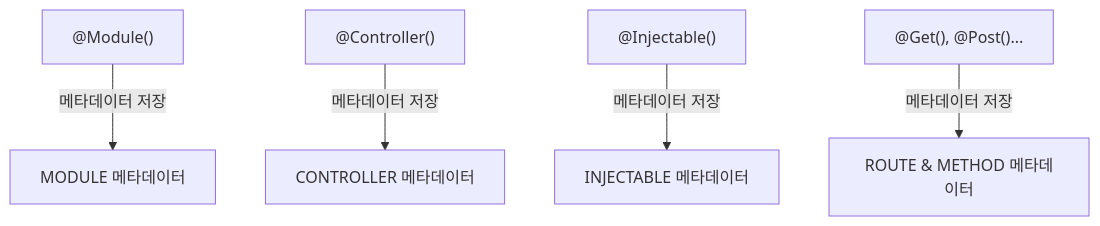
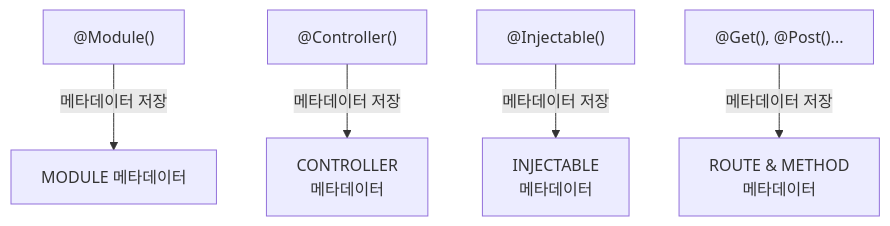
The fourth of 5 diagrams in README.md (MAHT1990/self_nest), drawn with Mermaid before and after one commit. The commit also changed other lines of this file, not shown here.

Commit message:
[MODIFY]README.md

````diff
--- a/README.md
+++ b/README.md
@@ -69,7 +69,7 @@
 ```mermaid
 flowchart TD
     Module["@Module()"] --> |메타데이터 저장| ModuleMeta["MODULE 메타데이터"]
-    Controller["@Controller()"] --> |메타데이터 저장| ControllerMeta["CONTROLLER 메타데이터"]
-    Injectable["@Injectable()"] --> |메타데이터 저장| InjectableMeta["INJECTABLE 메타데이터"]
-    Route["@Get(), @Post()..."] --> |메타데이터 저장| RouteMeta["ROUTE & METHOD 메타데이터"]
+    Controller["@Controller()"] --> |메타데이터 저장| ControllerMeta["CONTROLLER <br>메타데이터"]
+    Injectable["@Injectable()"] --> |메타데이터 저장| InjectableMeta["INJECTABLE <br>메타데이터"]
+    Route["@Get(), @Post()..."] --> |메타데이터 저장| RouteMeta["ROUTE & METHOD <br>메타데이터"]
 ```
````
